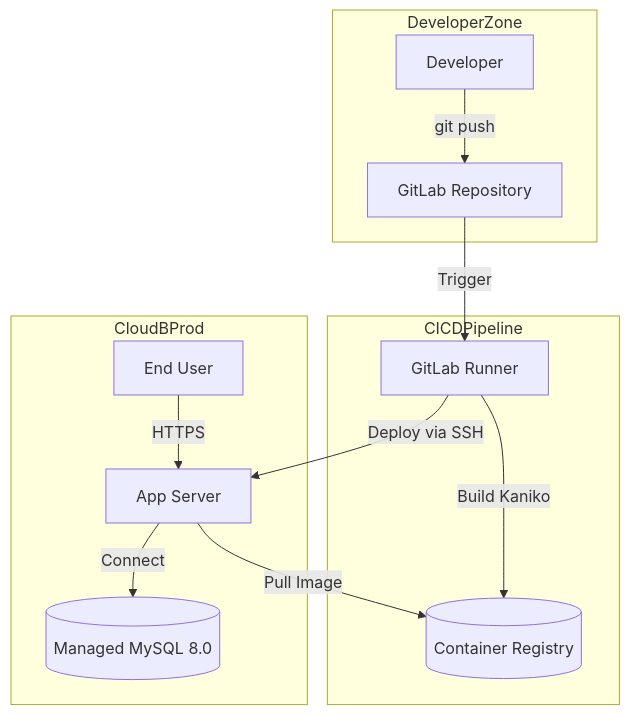
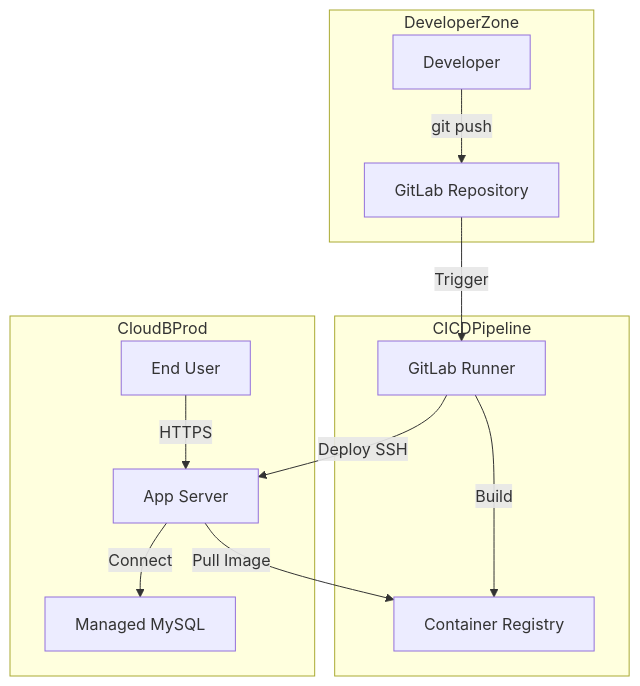
The diagram in projects/case-1-migration.md (sadchikovsg/sadchikovsg.github.io), drawn with Mermaid before and after one commit.

Commit message:
fix: ultra-simple mermaid diagram without quotes and special chars

```diff
--- a/projects/case-1-migration.md
+++ b/projects/case-1-migration.md
@@ -50,16 +50,18 @@
 <div class="mermaid">
 graph TD
-  subgraph DeveloperZone
-    Dev[Developer] -->|"git push"| GitLab[GitLab Repository]
-  end
-  subgraph CICDPipeline
-    GitLab -->|"Trigger"| Runner[GitLab Runner]
-    Runner -->|"Build Kaniko"| Registry[(Container Registry)]
-  end
-  subgraph CloudBProd
-    Runner -->|"Deploy via SSH"| Prod[App Server]
-    Prod -->|"Pull Image"| Registry
-    Prod -->|"Connect"| DB[(Managed MySQL 8.0)]
-    User[End User] -->|"HTTPS"| Prod
-  end
+    subgraph DeveloperZone
+        Dev[Developer] -->|git push| GitLab[GitLab Repository]
+    end
+    
+    subgraph CICDPipeline
+        GitLab -->|Trigger| Runner[GitLab Runner]
+        Runner -->|Build| Registry[Container Registry]
+    end
+    
+    subgraph CloudBProd
+        Runner -->|Deploy SSH| Prod[App Server]
+        Prod -->|Pull Image| Registry
+        Prod -->|Connect| DB[Managed MySQL]
+        User[End User] -->|HTTPS| Prod
+    end
 </div>
```
